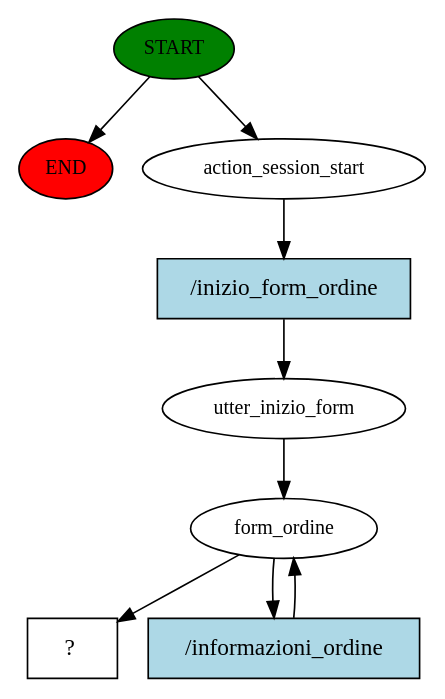
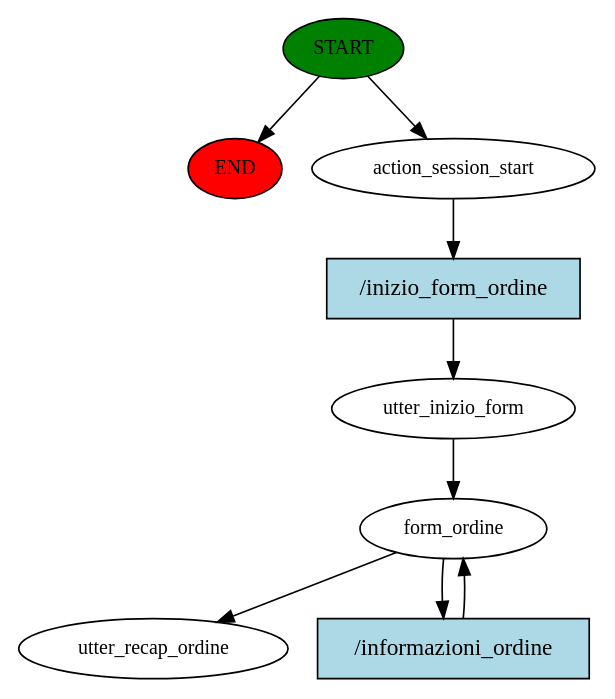
The diagram in story_graph.dot (Paolo95/Rasa_Chatbot), drawn with Graphviz before and after one commit. The commit also changed 59 other files, not shown here.

```diff
--- a/story_graph.dot
+++ b/story_graph.dot
@@ -1,18 +1,18 @@
 digraph  {
 0 [class="start active", fillcolor=green, fontsize=12, label=START, style=filled];
 "-1" [class=end, fillcolor=red, fontsize=12, label=END, style=filled];
 1 [class=active, fontsize=12, label=action_session_start];
 2 [class=active, fontsize=12, label=utter_inizio_form];
 3 [class=active, fontsize=12, label=form_ordine];
-10 [class="intent dashed active", label="  ?  ", shape=rect];
-11 [class="intent active", fillcolor=lightblue, label="/inizio_form_ordine", shape=rect, style=filled];
-12 [class="intent active", fillcolor=lightblue, label="/informazioni_ordine", shape=rect, style=filled];
+14 [class="dashed active", fontsize=12, label=utter_recap_ordine];
+15 [class="intent active", fillcolor=lightblue, label="/inizio_form_ordine", shape=rect, style=filled];
+16 [class="intent active", fillcolor=lightblue, label="/informazioni_ordine", shape=rect, style=filled];
 0 -> "-1"  [class="", key=NONE, label=""];
 0 -> 1  [class=active, key=NONE, label=""];
-1 -> 11  [class=active, key=0];
+1 -> 15  [class=active, key=0];
 2 -> 3  [class=active, key=NONE, label=""];
-3 -> 10  [class=active, key=NONE, label=""];
-3 -> 12  [class=active, key=0];
-11 -> 2  [class=active, key=0];
-12 -> 3  [class=active, key=0];
+3 -> 14  [class=active, key=NONE, label=""];
+3 -> 16  [class=active, key=0];
+15 -> 2  [class=active, key=0];
+16 -> 3  [class=active, key=0];
 }
```
